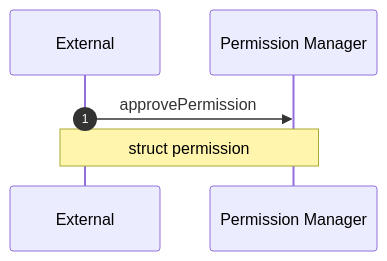
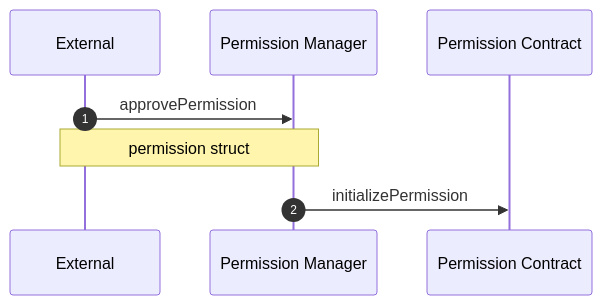
Before and after one commit to coinbase/smart-wallet-permissions: the diagram in docs/diagrams/onchain/cachePermissions.md, drawn with Mermaid. The commit also changed 13 other files, not shown here.

````diff
--- a/docs/diagrams/onchain/cachePermissions.md
+++ b/docs/diagrams/onchain/cachePermissions.md
@@ -5,9 +5,11 @@
 ```mermaid
 sequenceDiagram
     autonumber
     participant E as External
     participant M as Permission Manager
+    participant P as Permission Contract
 
     E->>M: approvePermission
-    Note over E,M: struct permission
+    Note over E,M: permission struct
+    M->>P: initializePermission
 ```
````
